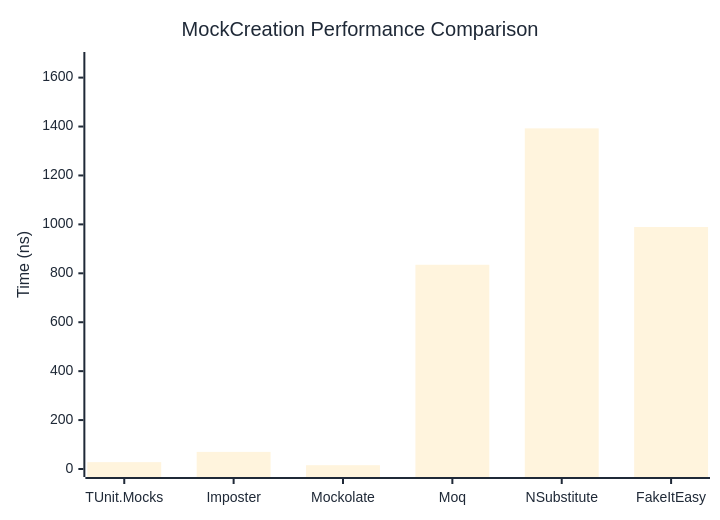
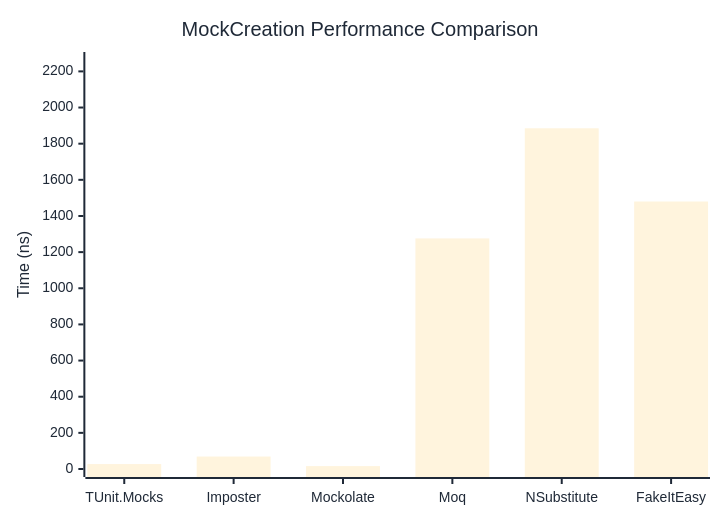
The first of 2 diagrams in docs/docs/benchmarks/mocks/MockCreation.md (thomhurst/TUnit), drawn with Mermaid before and after one commit. The commit also changed other lines of this file and 14 other files, not shown here.

````diff
--- a/docs/docs/benchmarks/mocks/MockCreation.md
+++ b/docs/docs/benchmarks/mocks/MockCreation.md
@@ -30,27 +30,27 @@
 ```mermaid
 %%{init: {
   'theme':'base',
   'themeVariables': {
     'primaryColor': '#2563eb',
     'primaryTextColor': '#1f2937',
     'primaryBorderColor': '#1e40af',
     'lineColor': '#6b7280',
     'secondaryColor': '#7c3aed',
     'tertiaryColor': '#dc2626',
     'background': '#ffffff',
     'pie1': '#2563eb',
     'pie2': '#7c3aed',
     'pie3': '#dc2626',
     'pie4': '#f59e0b',
     'pie5': '#10b981',
     'pie6': '#06b6d4',
     'pie7': '#ec4899',
     'pie8': '#6366f1'
   }
 }}%%
 xychart-beta
   title "MockCreation Performance Comparison"
   x-axis ["TUnit.Mocks", "Imposter", "Mockolate", "Moq", "NSubstitute", "FakeItEasy"]
-  y-axis "Time (ns)" 0 --> 1672
-  bar [28.05, 69.94, 15.53, 834.89, 1392.6, 989.4]
+  y-axis "Time (ns)" 0 --> 2263
+  bar [27.19, 68.92, 16.11, 1275.87, 1885.19, 1479.99]
 ```
````
